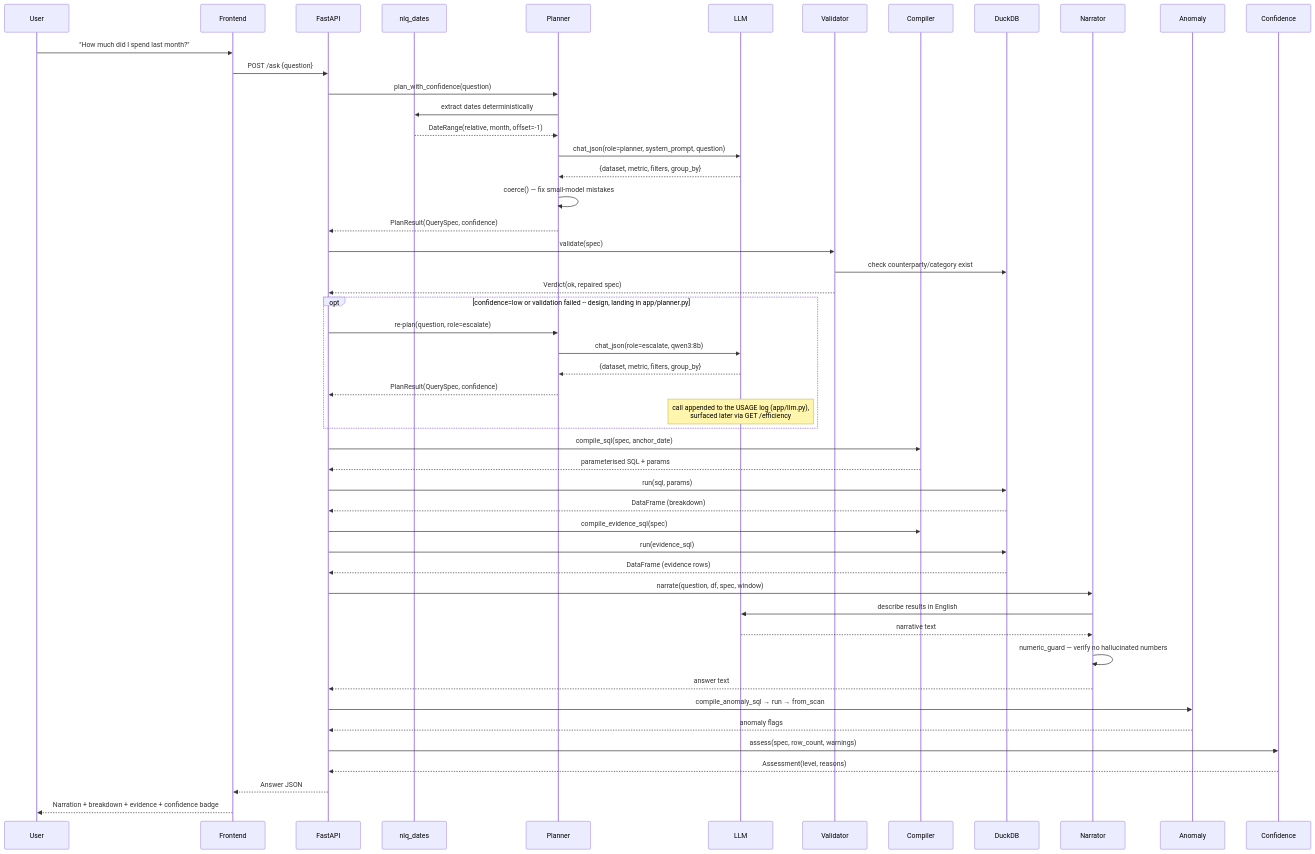
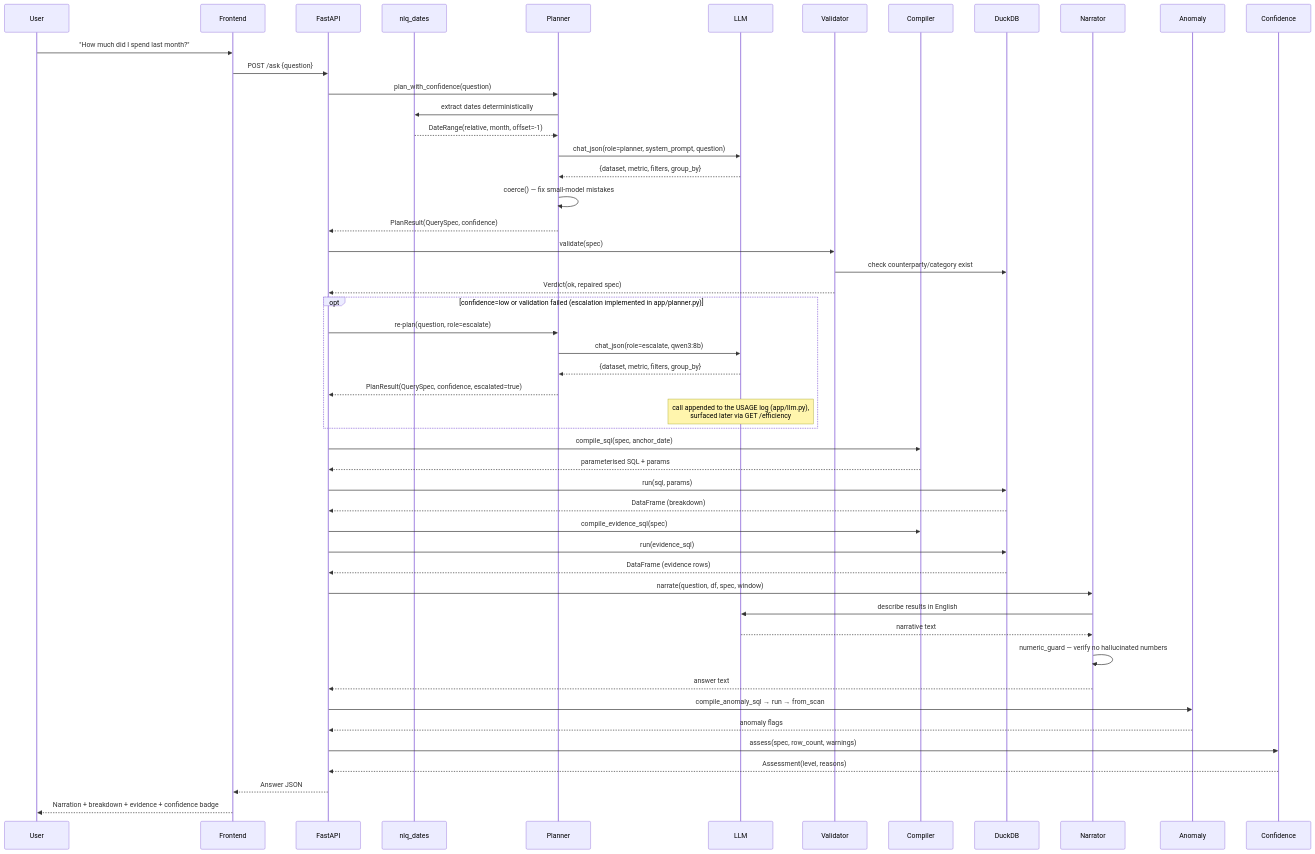
The second of 2 diagrams in ARCHITECTURE.md (Aahan215/ByteRideFinanceAssistant), drawn with Mermaid before and after one commit. The commit also changed other lines of this file and 5 other files, not shown here.

````diff
--- a/ARCHITECTURE.md
+++ b/ARCHITECTURE.md
@@ -151,63 +152,63 @@
 ```mermaid
 sequenceDiagram
     participant User
     participant Frontend
     participant API as FastAPI
     participant NLQ as nlq_dates
     participant Plan as Planner
     participant LLM
     participant Val as Validator
     participant Comp as Compiler
     participant Duck as DuckDB
     participant Narr as Narrator
     participant Anom as Anomaly
     participant Conf as Confidence
 
     User->>Frontend: "How much did I spend last month?"
     Frontend->>API: POST /ask {question}
 
     API->>Plan: plan_with_confidence(question)
     Plan->>NLQ: extract dates deterministically
     NLQ-->>Plan: DateRange(relative, month, offset=-1)
     Plan->>LLM: chat_json(role=planner, system_prompt, question)
     LLM-->>Plan: {dataset, metric, filters, group_by}
     Plan->>Plan: coerce() — fix small-model mistakes
     Plan-->>API: PlanResult(QuerySpec, confidence)
 
     API->>Val: validate(spec)
     Val->>Duck: check counterparty/category exist
     Val-->>API: Verdict(ok, repaired spec)
 
-    opt confidence=low or validation failed -- design, landing in app/planner.py
+    opt confidence=low or validation failed (escalation implemented in app/planner.py)
         API->>Plan: re-plan(question, role=escalate)
         Plan->>LLM: chat_json(role=escalate, qwen3:8b)
         LLM-->>Plan: {dataset, metric, filters, group_by}
-        Plan-->>API: PlanResult(QuerySpec, confidence)
+        Plan-->>API: PlanResult(QuerySpec, confidence, escalated=true)
         Note over LLM: call appended to the USAGE log (app/llm.py),<br/>surfaced later via GET /efficiency
     end
 
     API->>Comp: compile_sql(spec, anchor_date)
     Comp-->>API: parameterised SQL + params
 
     API->>Duck: run(sql, params)
     Duck-->>API: DataFrame (breakdown)
 
     API->>Comp: compile_evidence_sql(spec)
     API->>Duck: run(evidence_sql)
     Duck-->>API: DataFrame (evidence rows)
 
     API->>Narr: narrate(question, df, spec, window)
     Narr->>LLM: describe results in English
     LLM-->>Narr: narrative text
     Narr->>Narr: numeric_guard — verify no hallucinated numbers
     Narr-->>API: answer text
 
     API->>Anom: compile_anomaly_sql → run → from_scan
     Anom-->>API: anomaly flags
 
     API->>Conf: assess(spec, row_count, warnings)
     Conf-->>API: Assessment(level, reasons)
 
     API-->>Frontend: Answer JSON
     Frontend-->>User: Narration + breakdown + evidence + confidence badge
 ```
````
